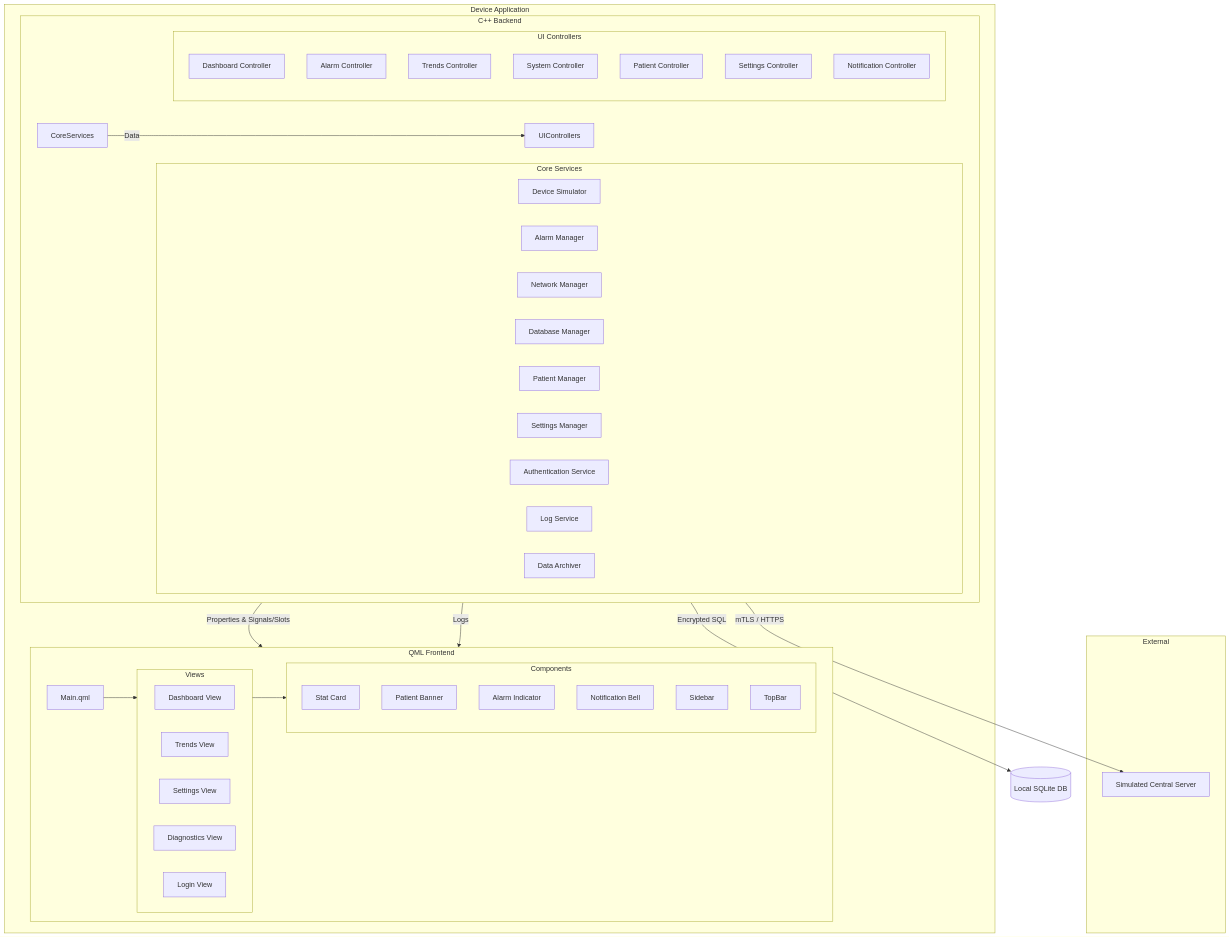
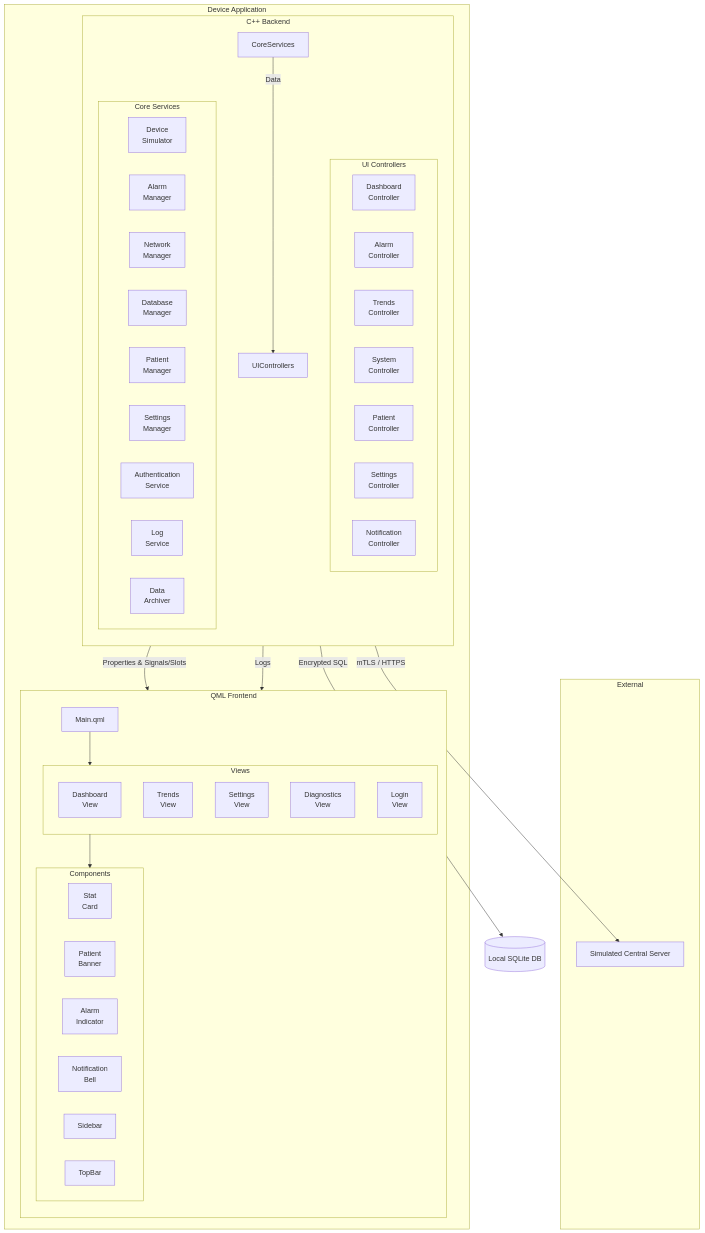
The diagram in project-dashboard/doc/02_ARCHITECTURE.mmd (ngdzu/qtapp), drawn with Mermaid before and after one commit. The commit also changed 7 other files, not shown here.

```diff
--- a/project-dashboard/doc/02_ARCHITECTURE.mmd
+++ b/project-dashboard/doc/02_ARCHITECTURE.mmd
@@ -1,61 +1,63 @@
 graph TD
     subgraph Device Application
         subgraph C++ Backend
-            direction LR
-            subgraph Core Services
-                DeviceSimulator[Device Simulator]
-                AlarmManager[Alarm Manager]
-                NetworkManager[Network Manager]
-                DatabaseManager[Database Manager]
-                PatientManager[Patient Manager]
-                SettingsManager[Settings Manager]
-                AuthenticationService[Authentication Service]
-                LogService[Log Service]
-                DataArchiver[Data Archiver]
+            direction TB
+            subgraph UI Controllers
+                direction LR
+                DashboardController[Dashboard<br/>Controller]
+                AlarmController[Alarm<br/>Controller]
+                TrendsController[Trends<br/>Controller]
+                SystemController[System<br/>Controller]
+                PatientController[Patient<br/>Controller]
+                SettingsController[Settings<br/>Controller]
+                NotificationController[Notification<br/>Controller]
             end
 
-            subgraph UI Controllers
-                DashboardController[Dashboard Controller]
-                AlarmController[Alarm Controller]
-                TrendsController[Trends Controller]
-                SystemController[System Controller]
-                PatientController[Patient Controller]
-                SettingsController[Settings Controller]
-                NotificationController[Notification Controller]
+            subgraph Core Services
+                direction LR
+                DeviceSimulator[Device<br/>Simulator]
+                AlarmManager[Alarm<br/>Manager]
+                NetworkManager[Network<br/>Manager]
+                DatabaseManager[Database<br/>Manager]
+                PatientManager[Patient<br/>Manager]
+                SettingsManager[Settings<br/>Manager]
+                AuthenticationService[Authentication<br/>Service]
+                LogService[Log<br/>Service]
+                DataArchiver[Data<br/>Archiver]
             end
 
             CoreServices -- Data --> UIControllers
         end
 
         subgraph QML Frontend
-            direction LR
+            direction TB
             MainQML[Main.qml]
             subgraph Views
-                DashboardView[Dashboard View]
-                TrendsView[Trends View]
-                SettingsView[Settings View]
-                DiagnosticsView[Diagnostics View]
-                LoginView[Login View]
+                DashboardView[Dashboard<br/>View]
+                TrendsView[Trends<br/>View]
+                SettingsView[Settings<br/>View]
+                DiagnosticsView[Diagnostics<br/>View]
+                LoginView[Login<br/>View]
             end
             subgraph Components
-                StatCard[Stat Card]
-                PatientBanner[Patient Banner]
-                AlarmIndicator[Alarm Indicator]
-                NotificationBell[Notification Bell]
+                StatCard[Stat<br/>Card]
+                PatientBanner[Patient<br/>Banner]
+                AlarmIndicator[Alarm<br/>Indicator]
+                NotificationBell[Notification<br/>Bell]
                 Sidebar[Sidebar]
                 TopBar[TopBar]
             end
         end
 
         UIControllers -- Properties & Signals/Slots --> MainQML
         MainQML --> Views
         Views --> Components
     end
 
     subgraph External
         CentralServer[Simulated Central Server]
     end
 
     NetworkManager -- mTLS / HTTPS --> CentralServer
     DatabaseManager -- Encrypted SQL --> LocalStorage[(Local SQLite DB)]
     LogService -- Logs --> DiagnosticsView
```
